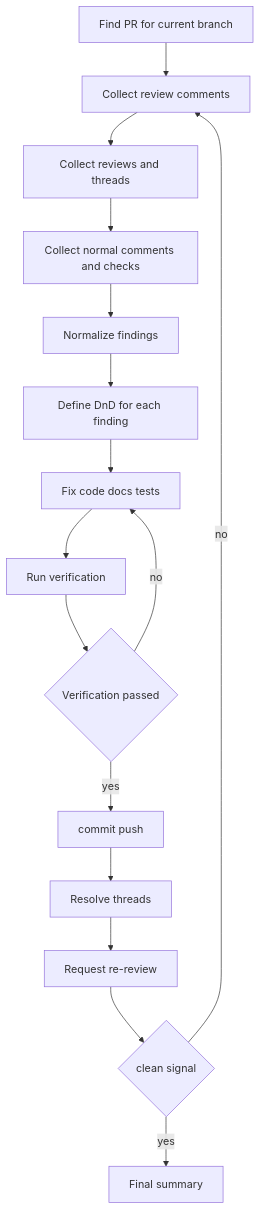
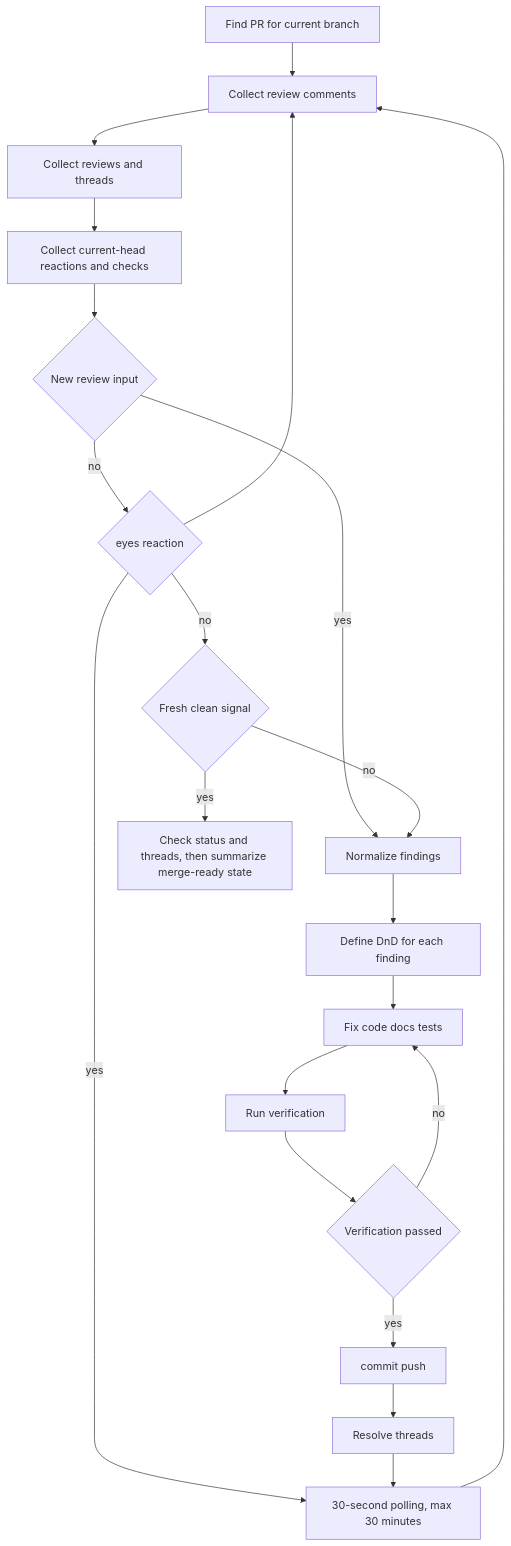
The eighth of 11 diagrams in README.en.md (limcpf/octosmith), drawn with Mermaid before and after one commit. The commit also changed other lines of this file and 6 other files, not shown here.

````diff
--- a/README.en.md
+++ b/README.en.md
@@ -216,18 +221,23 @@
 ```mermaid
 flowchart TD
   A[Find PR for current branch] --> B[Collect review comments]
   B --> C[Collect reviews and threads]
-  C --> D[Collect normal comments and checks]
-  D --> E[Normalize findings]
-  E --> F[Define DnD for each finding]
-  F --> G[Fix code docs tests]
-  G --> H[Run verification]
-  H --> I{Verification passed}
-  I -->|no| G
-  I -->|yes| J[commit push]
-  J --> K[Resolve threads]
-  K --> L[Request re-review]
-  L --> M{clean signal}
-  M -->|no| B
-  M -->|yes| N[Final summary]
+  C --> D[Collect current-head reactions and checks]
+  D --> E{New review input}
+  E -->|yes| I[Normalize findings]
+  E -->|no| F{eyes reaction}
+  F --> B
+  F -->|yes| P[30-second polling, max 30 minutes]
+  F -->|no| G{Fresh clean signal}
+  G -->|yes| H[Check status and threads, then summarize merge-ready state]
+  G -->|no| I[Normalize findings]
+  I --> J[Define DnD for each finding]
+  J --> K[Fix code docs tests]
+  K --> L[Run verification]
+  L --> M{Verification passed}
+  M -->|no| K
+  M -->|yes| N[commit push]
+  N --> O[Resolve threads]
+  O --> P
+  P --> B
 ```
````
